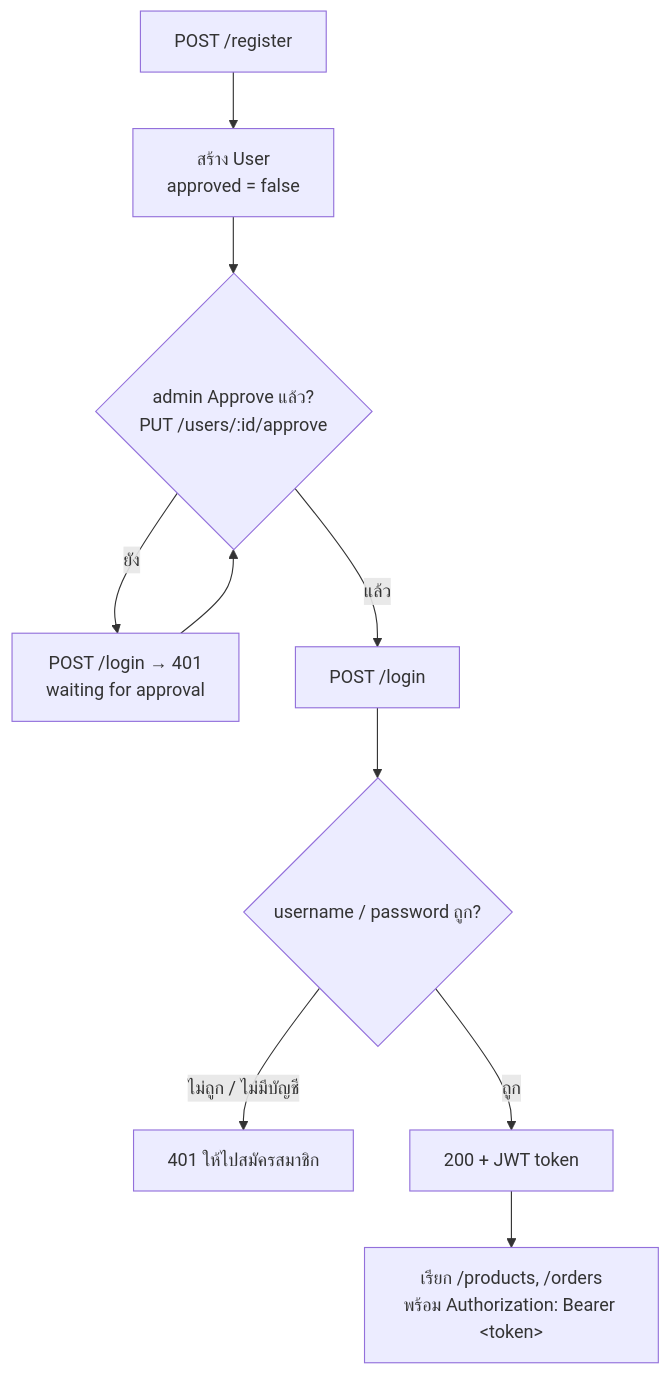
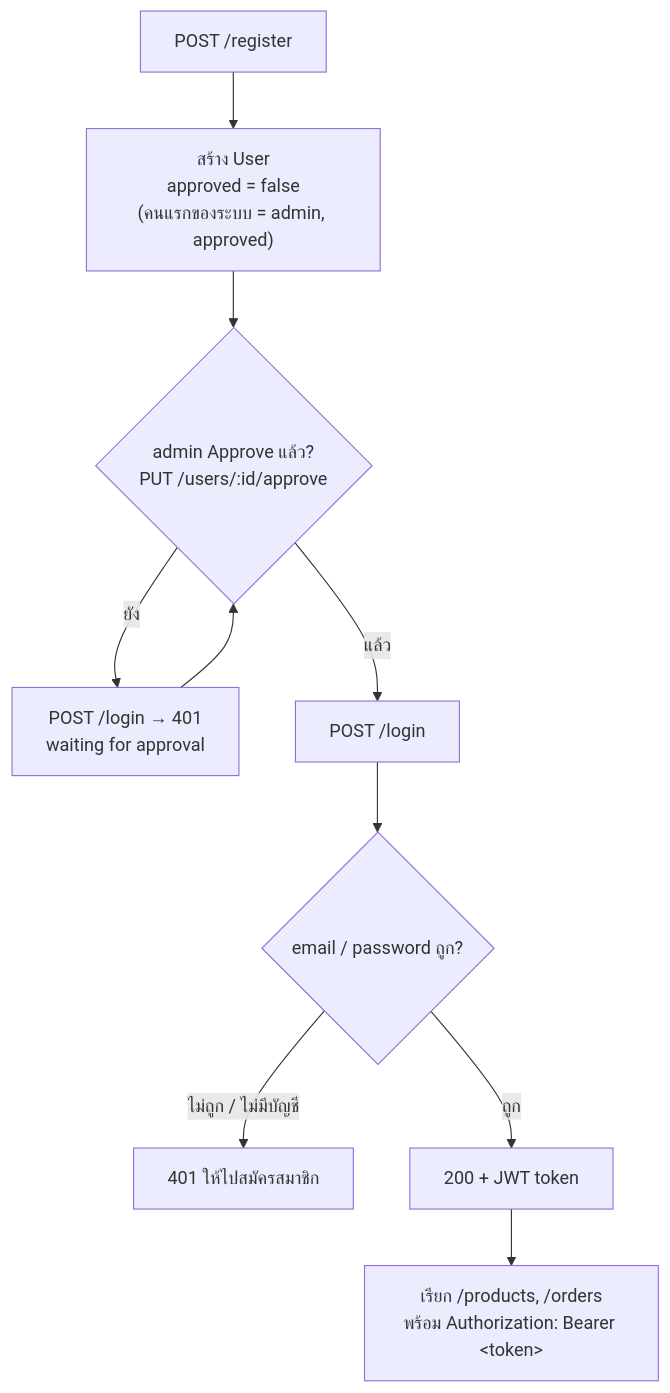
Before and after one commit to AT3rN4t1ve/Workshop: the first of 3 diagrams in README.md, drawn with Mermaid. The commit also changed other lines of this file and 14 other files, not shown here.

````diff
--- a/README.md
+++ b/README.md
@@ -65,12 +50,12 @@
 ```mermaid
 flowchart TD
-    A["POST /register"] --> B["สร้าง User<br/>approved = false"]
+    A["POST /register"] --> B["สร้าง User<br/>approved = false<br/>(คนแรกของระบบ = admin, approved)"]
     B --> C{"admin Approve แล้ว?<br/>PUT /users/:id/approve"}
     C -- ยัง --> D["POST /login → 401<br/>waiting for approval"]
     D --> C
     C -- แล้ว --> E["POST /login"]
-    E --> F{"username / password ถูก?"}
+    E --> F{"email / password ถูก?"}
     F -- ไม่ถูก / ไม่มีบัญชี --> G["401 ให้ไปสมัครสมาชิก"]
     F -- ถูก --> H["200 + JWT token"]
     H --> I["เรียก /products, /orders<br/>พร้อม Authorization: Bearer &lt;token&gt;"]
 ```
````
